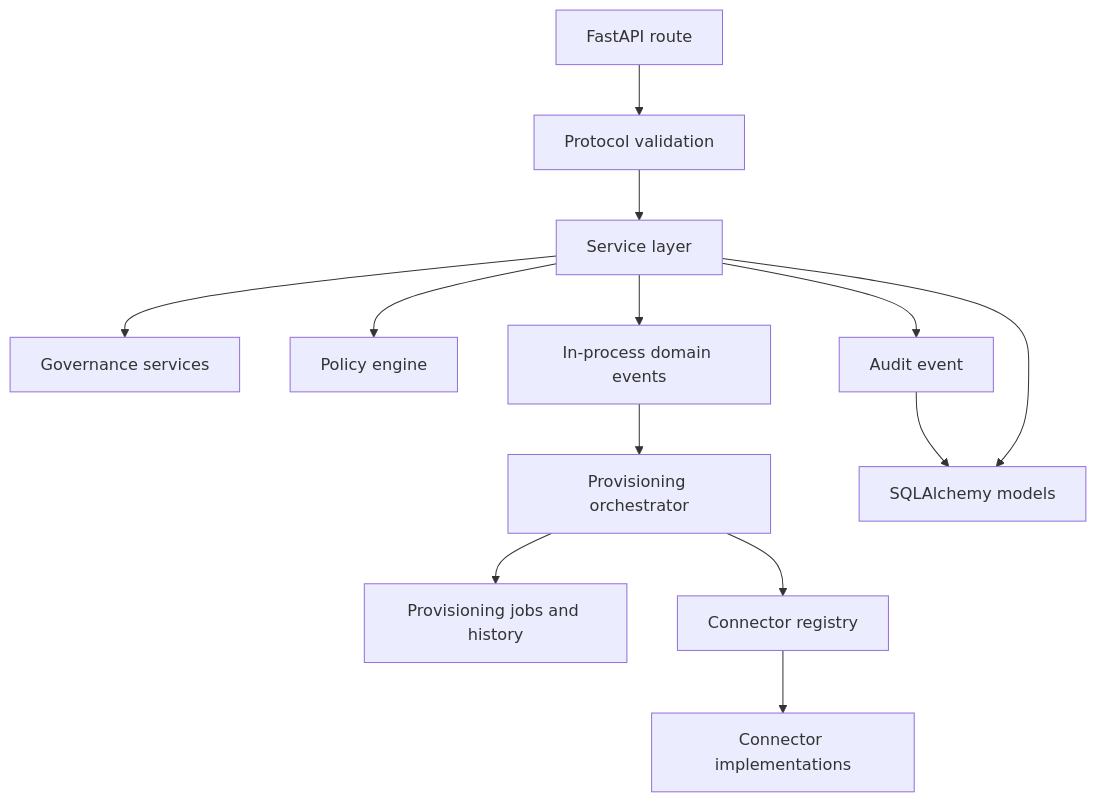
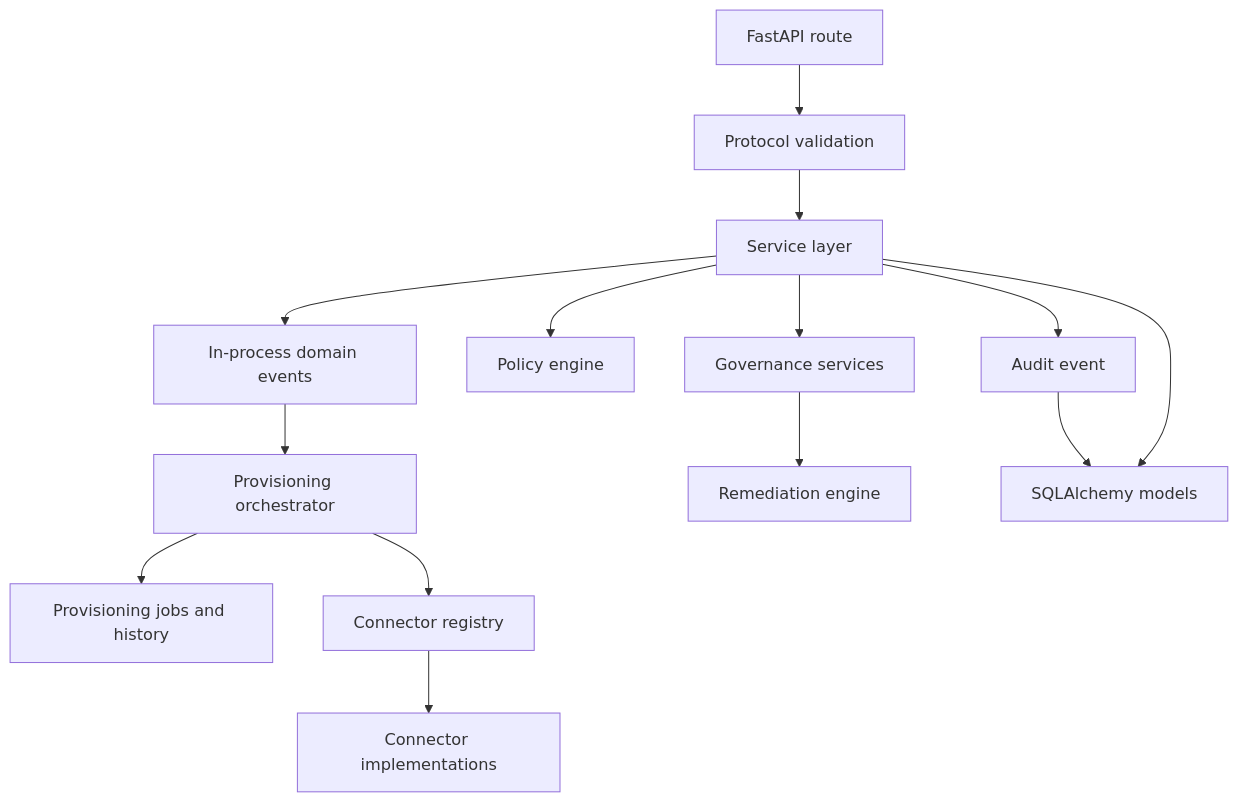
One commit to happelj/accessiq changed the second of 12 diagrams in docs/architecture.md. Above: the diagram before and after it, drawn with Mermaid. The commit also changed other lines of this file and 15 other files, not shown here.

Commit message:
Add remediation engine

````diff
--- a/docs/architecture.md
+++ b/docs/architecture.md
@@ -35,28 +37,30 @@
 ```mermaid
 flowchart TD
     Route["FastAPI route"]
     Validation["Protocol validation"]
     Service["Service layer"]
     Governance["Governance services"]
     Policy["Policy engine"]
     Audit["Audit event"]
     Events["In-process domain events"]
     Orchestrator["Provisioning orchestrator"]
+    Remediation["Remediation engine"]
     Jobs["Provisioning jobs and history"]
     Registry["Connector registry"]
     Connectors["Connector implementations"]
     Database["SQLAlchemy models"]
 
     Route --> Validation
     Validation --> Service
     Service --> Governance
     Service --> Policy
+    Governance --> Remediation
     Service --> Audit
     Service --> Events
     Events --> Orchestrator
     Orchestrator --> Jobs
     Orchestrator --> Registry
     Registry --> Connectors
     Audit --> Database
     Service --> Database
 ```
````
